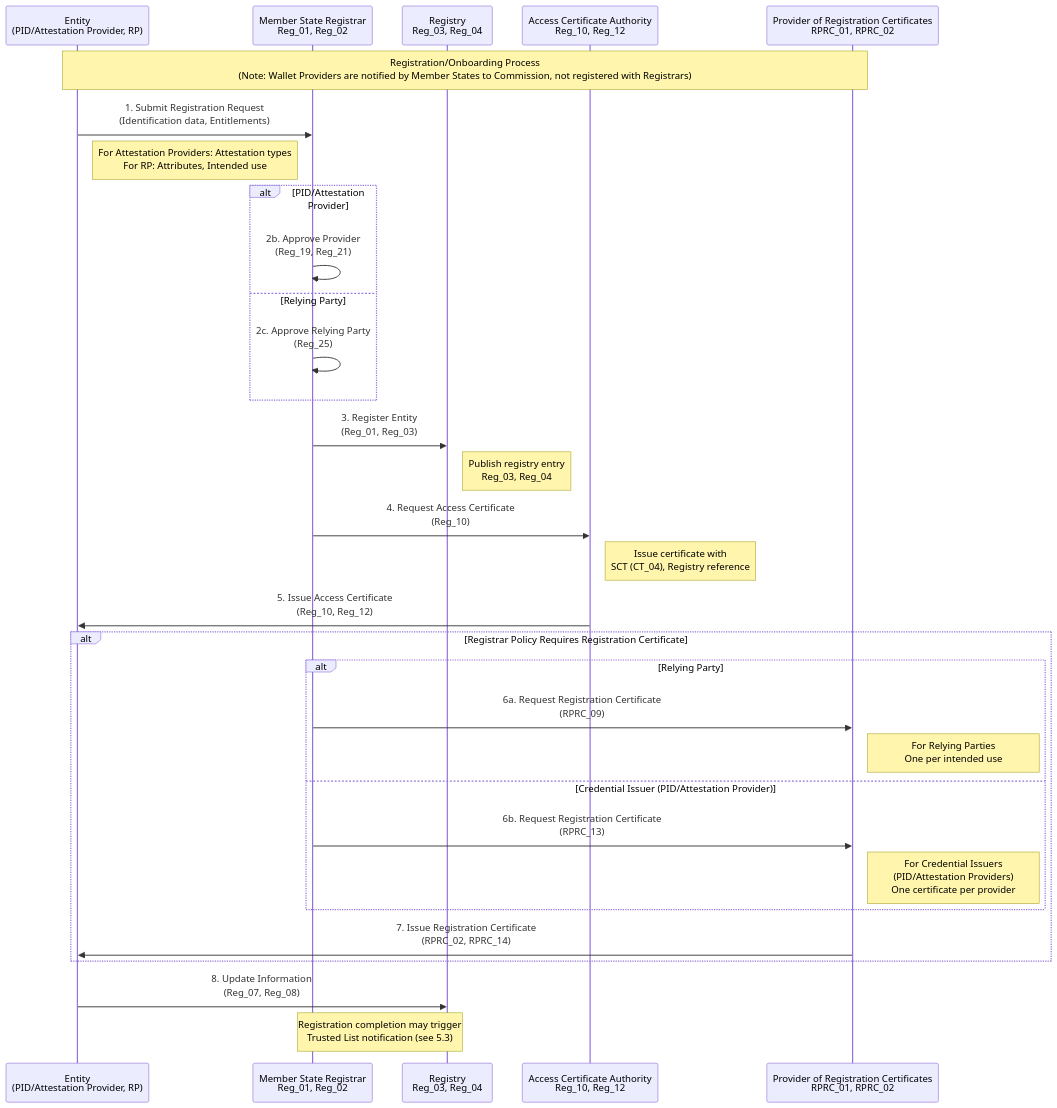
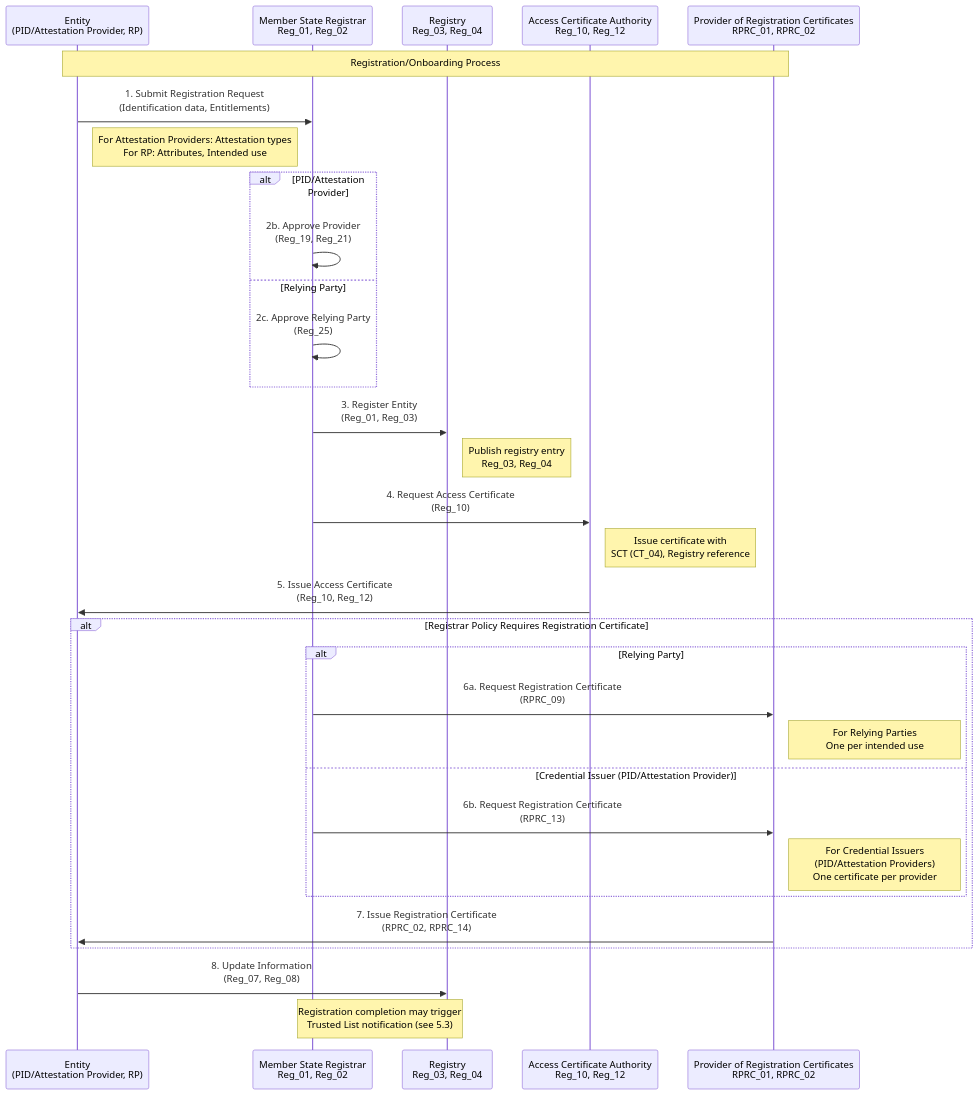
Before and after one commit to webuild-consortium/wp4-trust-group: the second of 7 diagrams in task2-trust-framework/trust-infrastructure-schema.md, drawn with Mermaid. The commit also changed other lines of this file, not shown here.

````diff
--- a/task2-trust-framework/trust-infrastructure-schema.md
+++ b/task2-trust-framework/trust-infrastructure-schema.md
@@ -285,43 +279,43 @@
 ```mermaid
 sequenceDiagram
     participant Entity as Entity<br/>(PID/Attestation Provider, RP)
     participant Registrar as Member State Registrar<br/>Reg_01, Reg_02
     participant Registry as Registry<br/>Reg_03, Reg_04
     participant AccessCA as Access Certificate Authority<br/>Reg_10, Reg_12
     participant RegCertProv as Provider of Registration Certificates<br/>RPRC_01, RPRC_02
 
-    Note over Entity,RegCertProv: Registration/Onboarding Process<br/>(Note: Wallet Providers are notified by Member States to Commission, not registered with Registrars)
+    Note over Entity,RegCertProv: Registration/Onboarding Process
 
     Entity->>Registrar: 1. Submit Registration Request<br/>(Identification data, Entitlements)
     Note right of Entity: For Attestation Providers: Attestation types<br/>For RP: Attributes, Intended use
 
     alt PID/Attestation Provider
         Registrar->>Registrar: 2b. Approve Provider<br/>(Reg_19, Reg_21)
     else Relying Party
         Registrar->>Registrar: 2c. Approve Relying Party<br/>(Reg_25)
     end
 
     Registrar->>Registry: 3. Register Entity<br/>(Reg_01, Reg_03)
     Note right of Registry: Publish registry entry<br/>Reg_03, Reg_04
 
     Registrar->>AccessCA: 4. Request Access Certificate<br/>(Reg_10)
     Note right of AccessCA: Issue certificate with<br/>SCT (CT_04), Registry reference
 
     AccessCA->>Entity: 5. Issue Access Certificate<br/>(Reg_10, Reg_12)
 
     alt Registrar Policy Requires Registration Certificate
         alt Relying Party
             Registrar->>RegCertProv: 6a. Request Registration Certificate<br/>(RPRC_09)
             Note right of RegCertProv: For Relying Parties<br/>One per intended use
         else Credential Issuer (PID/Attestation Provider)
             Registrar->>RegCertProv: 6b. Request Registration Certificate<br/>(RPRC_13)
             Note right of RegCertProv: For Credential Issuers<br/>(PID/Attestation Providers)<br/>One certificate per provider
         end
 
         RegCertProv->>Entity: 7. Issue Registration Certificate<br/>(RPRC_02, RPRC_14)
     end
 
     Entity->>Registry: 8. Update Information<br/>(Reg_07, Reg_08)
     
     Note over Registrar,Registry: Registration completion may trigger<br/>Trusted List notification (see 5.3)
 ```
````
